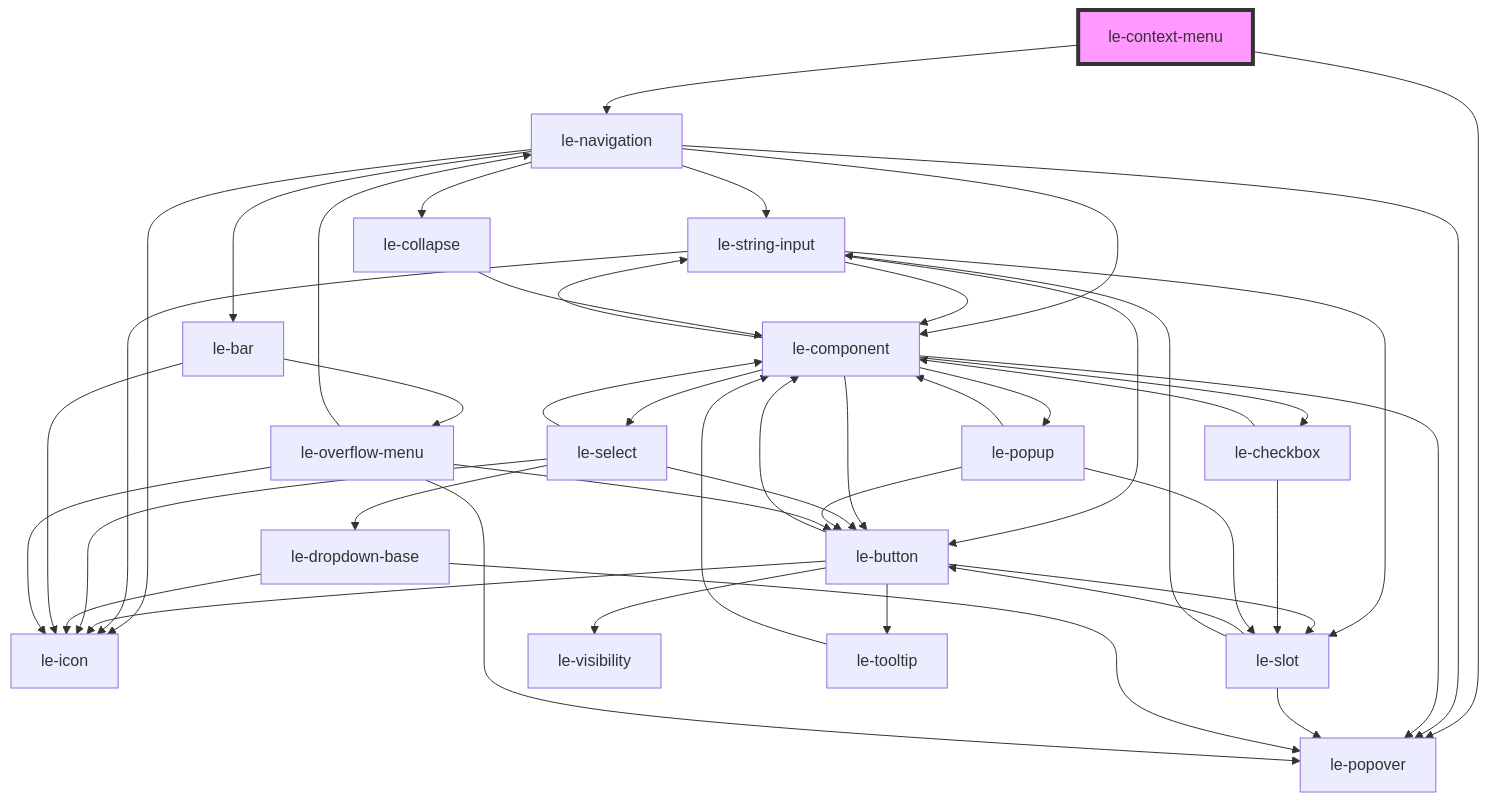
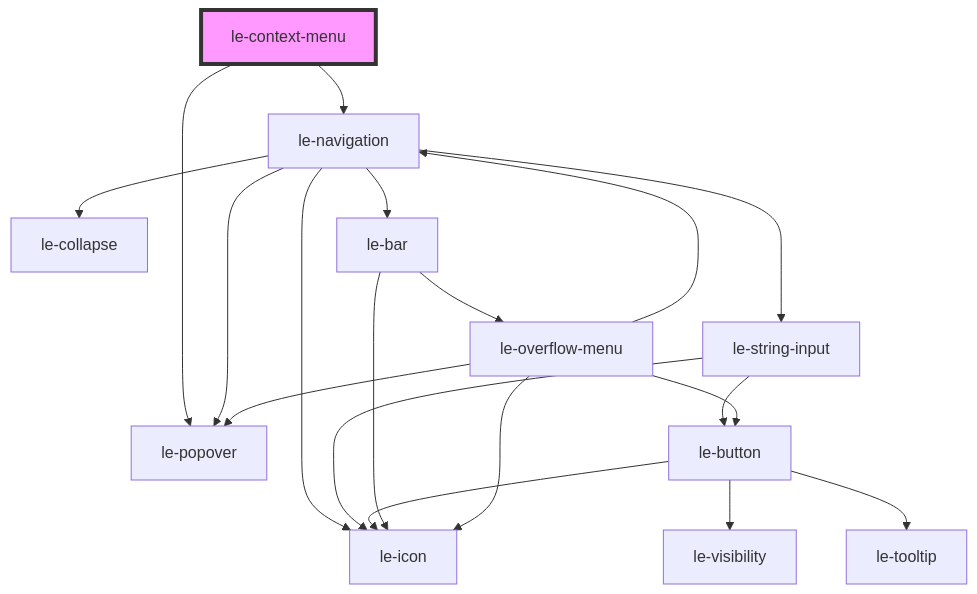
Before and after one commit to leechy/le-kit: the diagram in packages/core/src/components/le-context-menu/readme.md, drawn with Mermaid. The commit also changed 44 other files, not shown here.

````diff
--- a/packages/core/src/components/le-context-menu/readme.md
+++ b/packages/core/src/components/le-context-menu/readme.md
@@ -96,49 +96,22 @@
 ```mermaid
 graph TD;
   le-context-menu --> le-popover
   le-context-menu --> le-navigation
   le-navigation --> le-icon
   le-navigation --> le-string-input
   le-navigation --> le-collapse
   le-navigation --> le-popover
   le-navigation --> le-bar
-  le-navigation --> le-component
-  le-string-input --> le-component
   le-string-input --> le-button
   le-string-input --> le-icon
-  le-string-input --> le-slot
-  le-component --> le-button
-  le-component --> le-select
-  le-component --> le-checkbox
-  le-component --> le-string-input
-  le-component --> le-popover
-  le-component --> le-popup
   le-button --> le-icon
   le-button --> le-visibility
-  le-button --> le-slot
-  le-button --> le-component
   le-button --> le-tooltip
-  le-slot --> le-popover
-  le-slot --> le-button
-  le-slot --> le-string-input
-  le-tooltip --> le-component
-  le-select --> le-icon
-  le-select --> le-component
-  le-select --> le-dropdown-base
-  le-select --> le-button
-  le-dropdown-base --> le-icon
-  le-dropdown-base --> le-popover
-  le-checkbox --> le-component
-  le-checkbox --> le-slot
-  le-popup --> le-slot
-  le-popup --> le-button
-  le-popup --> le-component
-  le-collapse --> le-component
   le-bar --> le-icon
   le-bar --> le-overflow-menu
   le-overflow-menu --> le-navigation
   le-overflow-menu --> le-popover
   le-overflow-menu --> le-button
   le-overflow-menu --> le-icon
   style le-context-menu fill:#f9f,stroke:#333,stroke-width:4px
 ```
````
